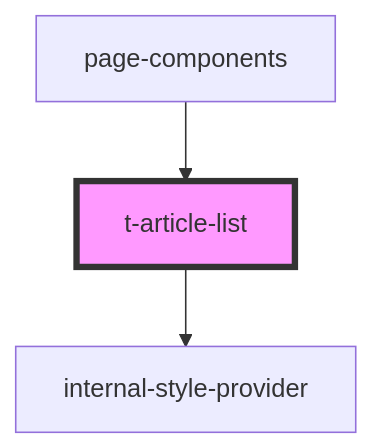
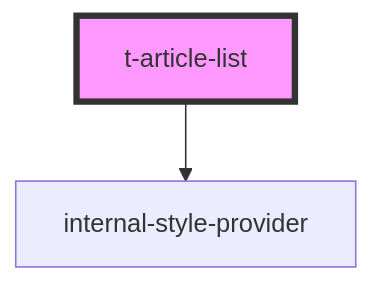
One commit to TomasEng/web-components changed the diagram in packages/t-web-components/src/components/t-article-list/readme.md. Above: the diagram before and after it, drawn with Mermaid. The commit also changed other lines of this file and 27 other files, not shown here.

````diff
--- a/packages/t-web-components/src/components/t-article-list/readme.md
+++ b/packages/t-web-components/src/components/t-article-list/readme.md
@@ -27,6 +23,5 @@
 ```mermaid
 graph TD;
   t-article-list --> internal-style-provider
-  page-components --> t-article-list
   style t-article-list fill:#f9f,stroke:#333,stroke-width:4px
 ```
````
